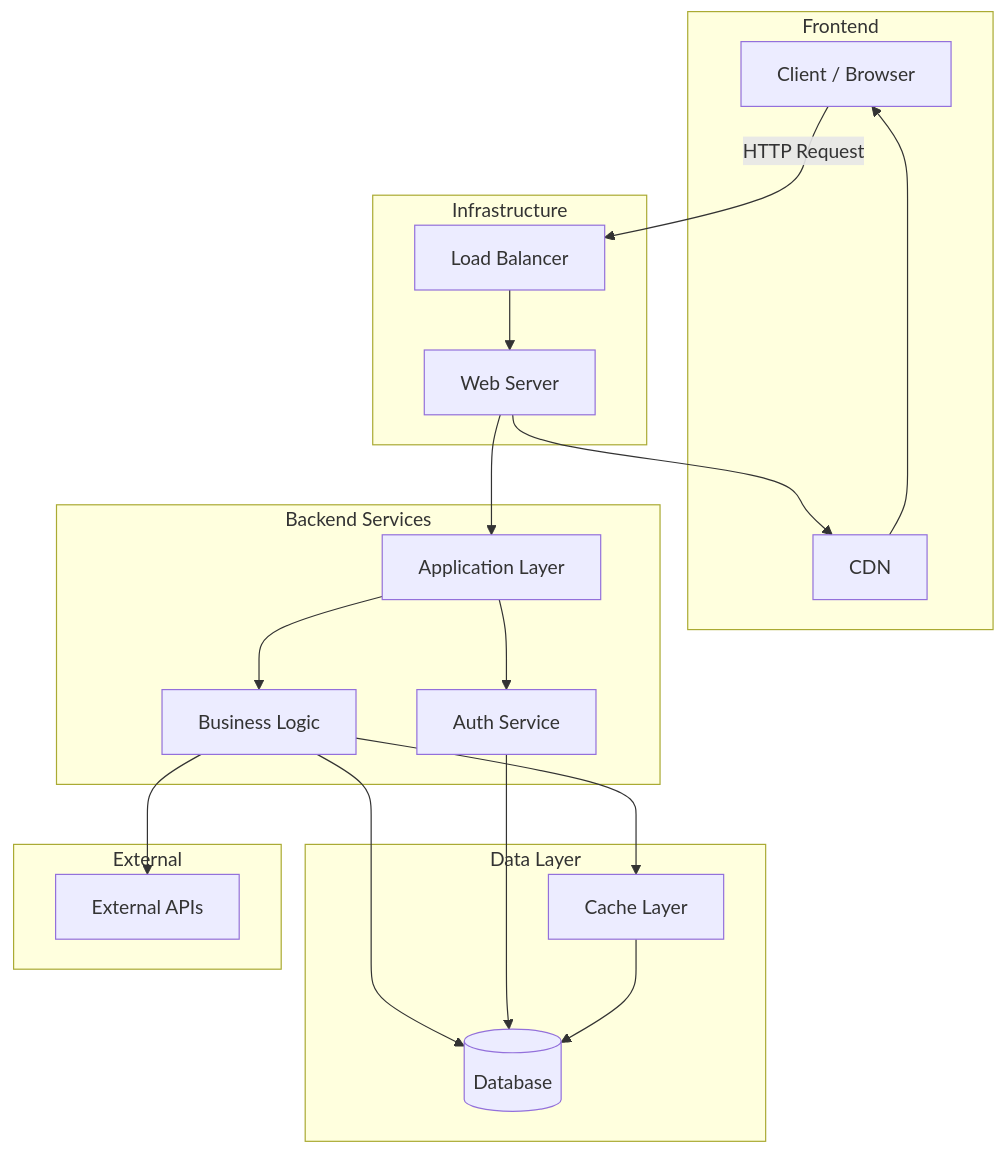
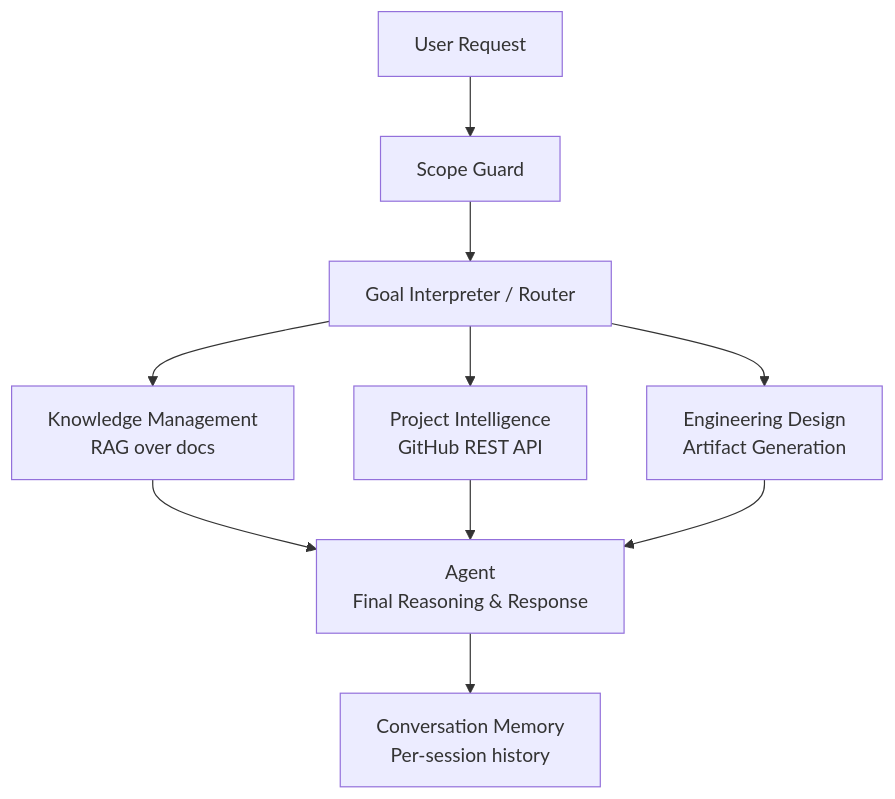
The diagram in generated/diagram.mmd (Bhavesh-0409/projectpilot), drawn with Mermaid before and after one commit.

Commit message:
Add Mermaid diagram (generated by ProjectPilot AI)

````diff
--- a/generated/diagram.mmd
+++ b/generated/diagram.mmd
@@ -1,40 +1,10 @@
-```mermaid
-graph TD
-    A[Client / Browser] -->|HTTP Request| B[Load Balancer]
-    B --> C[Web Server]
-    C --> D[Application Layer]
-    D --> E[Business Logic]
-    E --> F[(Database)]
-    E --> G[Cache Layer]
-    E --> H[External APIs]
-    D --> I[Auth Service]
-    I --> F
-    G --> F
-    J[CDN] --> A
-    C --> J
-
-    subgraph Frontend
-        A
-        J
-    end
-
-    subgraph Infrastructure
-        B
-        C
-    end
-
-    subgraph Backend Services
-        D
-        E
-        I
-    end
-
-    subgraph Data Layer
-        F
-        G
-    end
-
-    subgraph External
-        H
-    end
-```
+flowchart TD
+    A[User Request] --> B[Scope Guard]
+    B --> C[Goal Interpreter / Router]
+    C --> D[Knowledge Management\nRAG over docs]
+    C --> E[Project Intelligence\nGitHub REST API]
+    C --> F[Engineering Design\nArtifact Generation]
+    D --> G[Agent\nFinal Reasoning & Response]
+    E --> G
+    F --> G
+    G --> H[Conversation Memory\nPer-session history]
````
